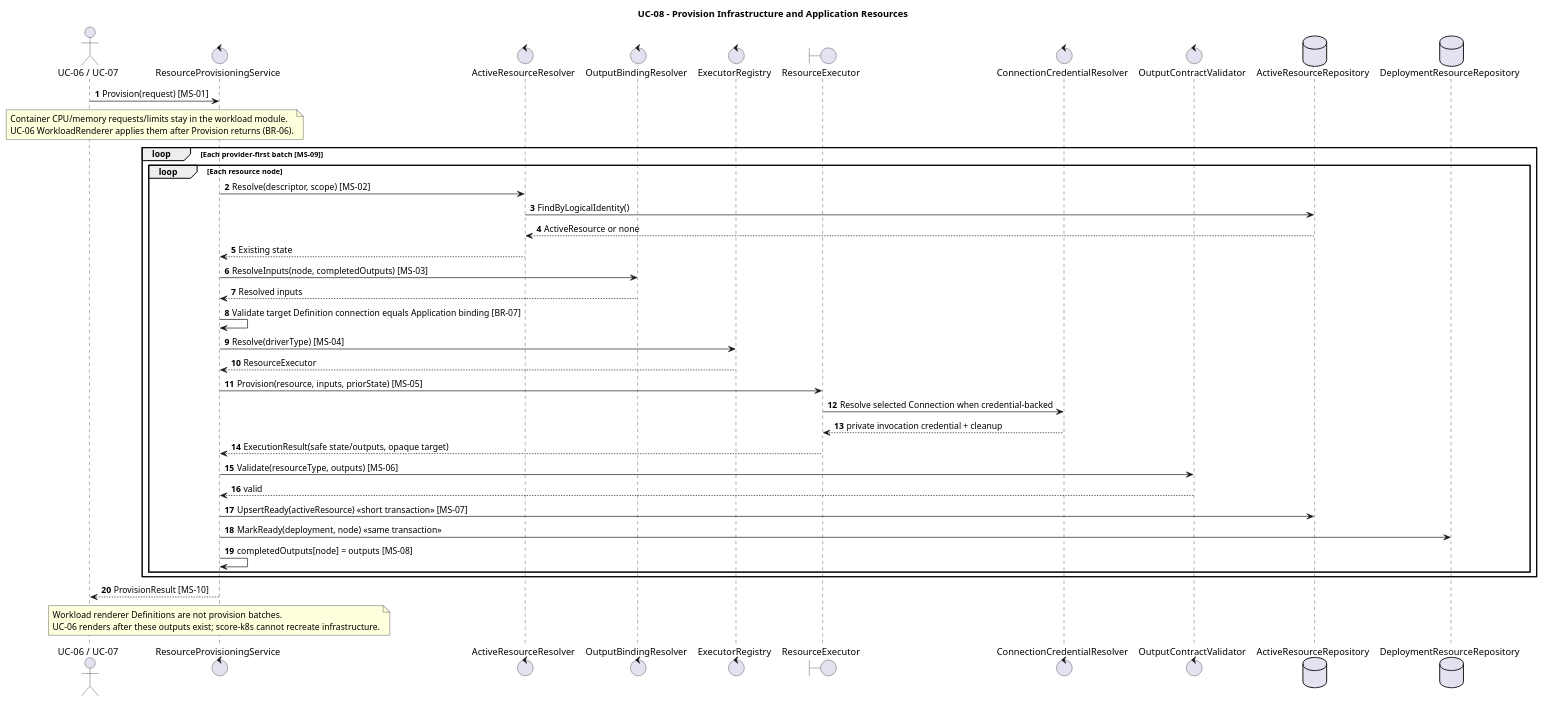
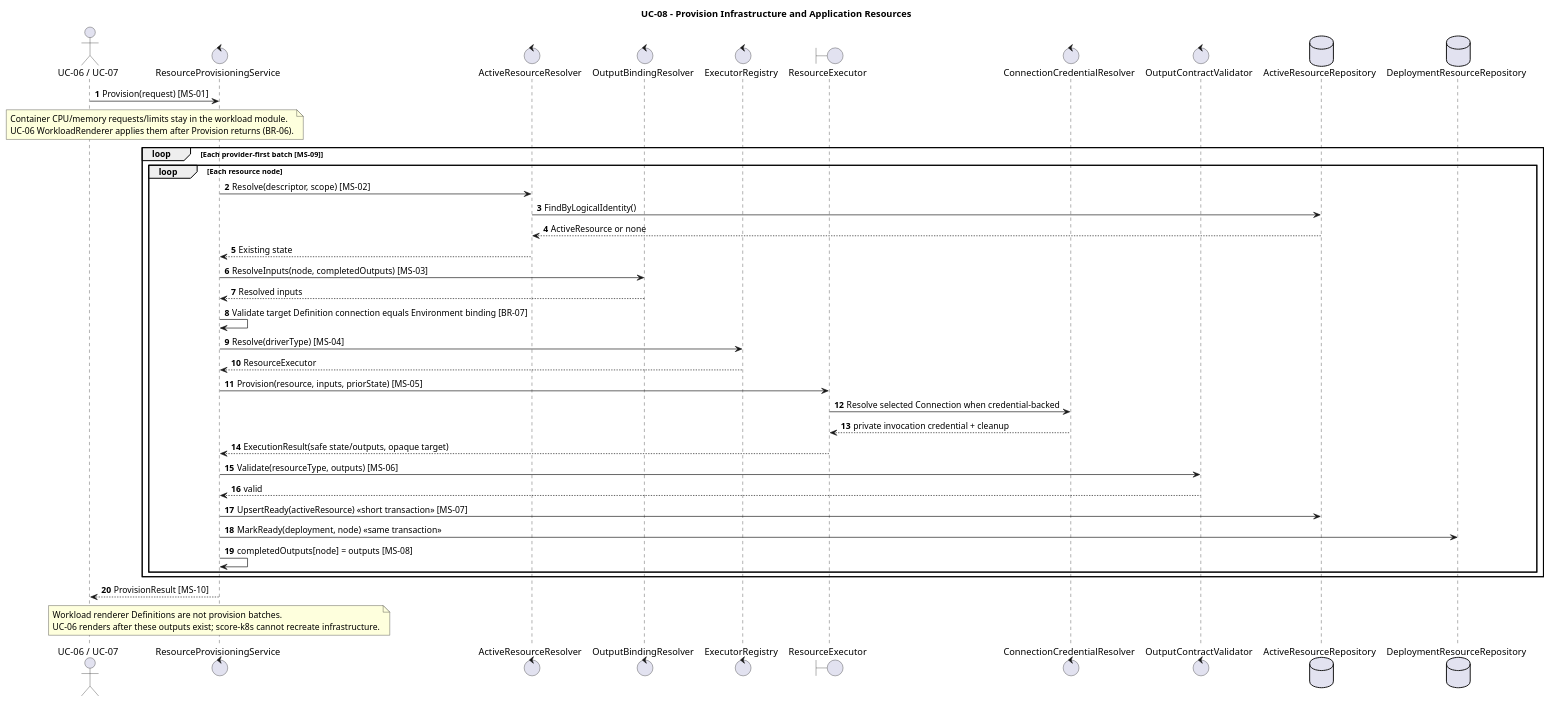
The diagram in orchestrator_docs/usecase/UC-08/sequence.puml (pr3s3nt/poc), drawn with PlantUML before and after one commit. The commit also changed 137 other files, not shown here.

```diff
--- a/orchestrator_docs/usecase/UC-08/sequence.puml
+++ b/orchestrator_docs/usecase/UC-08/sequence.puml
@@ -1,48 +1,48 @@
 @startuml
 title UC-08 - Provision Infrastructure and Application Resources
 autonumber
 actor "UC-06 / UC-07" as Caller
 control ResourceProvisioningService as Service
 control ActiveResourceResolver as ActiveResolver
 control OutputBindingResolver as BindingResolver
 control ExecutorRegistry as Registry
 boundary ResourceExecutor as Executor
 control ConnectionCredentialResolver as Credentials
 control OutputContractValidator as Validator
 database ActiveResourceRepository as ResourceRepo
 database DeploymentResourceRepository as DeploymentResourceRepo
 
 Caller -> Service: Provision(request) [MS-01]
 note over Caller, Service
 Container CPU/memory requests/limits stay in the workload module.
 UC-06 WorkloadRenderer applies them after Provision returns (BR-06).
 end note
 loop Each provider-first batch [MS-09]
   loop Each resource node
     Service -> ActiveResolver: Resolve(descriptor, scope) [MS-02]
     ActiveResolver -> ResourceRepo: FindByLogicalIdentity()
     ResourceRepo --> ActiveResolver: ActiveResource or none
     ActiveResolver --> Service: Existing state
     Service -> BindingResolver: ResolveInputs(node, completedOutputs) [MS-03]
     BindingResolver --> Service: Resolved inputs
-    Service -> Service: Validate target Definition connection equals Application binding [BR-07]
+    Service -> Service: Validate target Definition connection equals Environment binding [BR-07]
     Service -> Registry: Resolve(driverType) [MS-04]
     Registry --> Service: ResourceExecutor
     Service -> Executor: Provision(resource, inputs, priorState) [MS-05]
     Executor -> Credentials: Resolve selected Connection when credential-backed
     Credentials --> Executor: private invocation credential + cleanup
     Executor --> Service: ExecutionResult(safe state/outputs, opaque target)
     Service -> Validator: Validate(resourceType, outputs) [MS-06]
     Validator --> Service: valid
     Service -> ResourceRepo: UpsertReady(activeResource) <<short transaction>> [MS-07]
     Service -> DeploymentResourceRepo: MarkReady(deployment, node) <<same transaction>>
     Service -> Service: completedOutputs[node] = outputs [MS-08]
   end
 end
 Service --> Caller: ProvisionResult [MS-10]
 
 note over Service
 Workload renderer Definitions are not provision batches.
 UC-06 renders after these outputs exist; score-k8s cannot recreate infrastructure.
 end note
 @enduml
```
